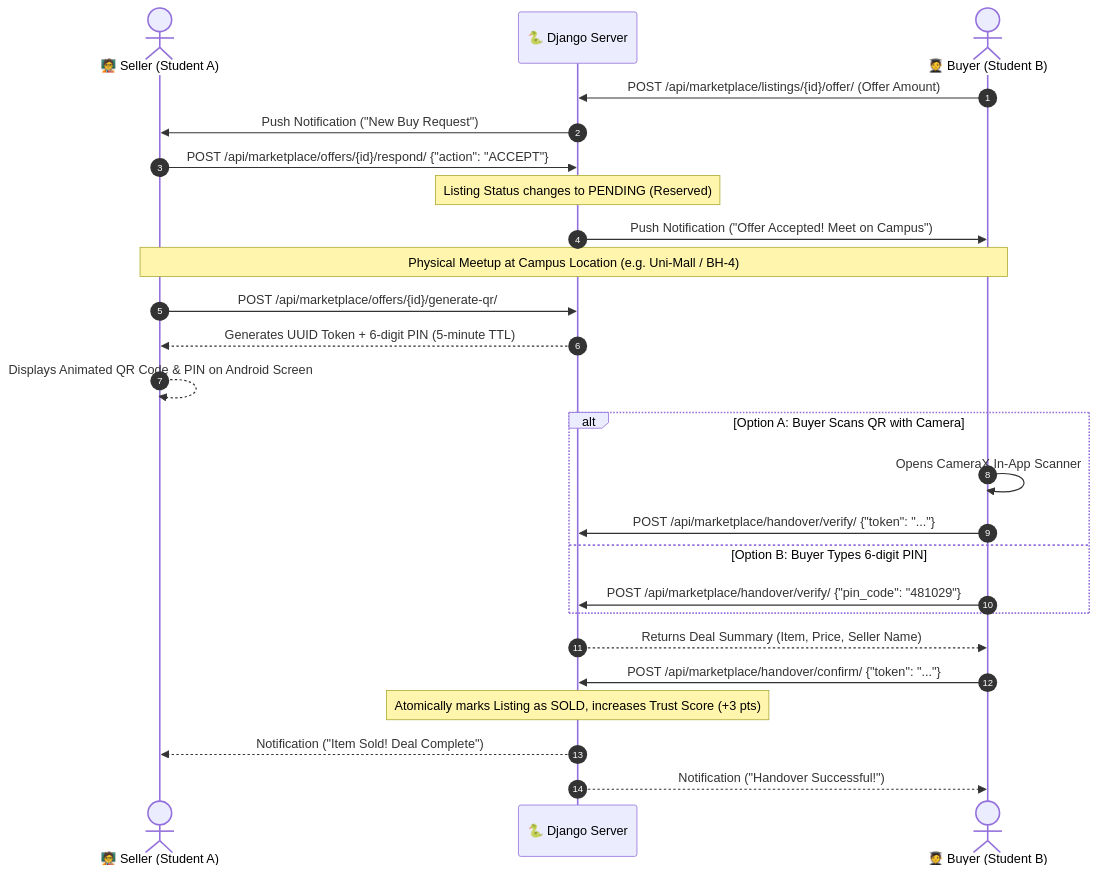
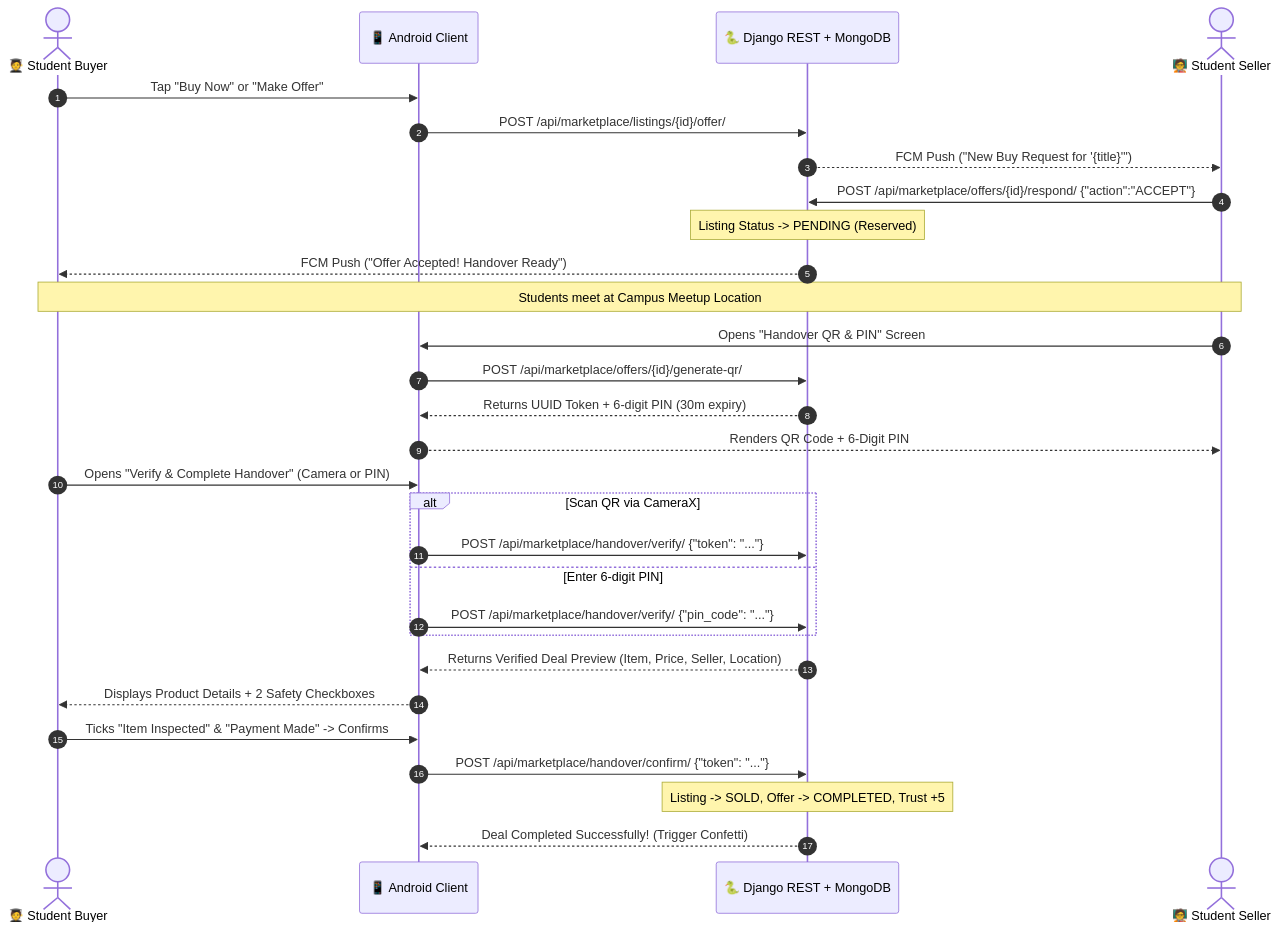
One commit to Aikansh-Official/django_marketplace changed the diagram in android/ANDROID_OFFERS_HANDOVER_SPECIFICATION.md. Above: the diagram before and after it, drawn with Mermaid. The commit also changed other lines of this file and 1 other file, not shown here.

Commit message:
docs: complete handover flow and purchases tracking specification aligned with website

````diff
--- a/android/ANDROID_OFFERS_HANDOVER_SPECIFICATION.md
+++ b/android/ANDROID_OFFERS_HANDOVER_SPECIFICATION.md
@@ -34,31 +49,37 @@
 ```mermaid
 sequenceDiagram
     autonumber
-    actor Seller as 🧑‍🏫 Seller (Student A)
-    participant Server as 🐍 Django Server
-    actor Buyer as 🧑‍🎓 Buyer (Student B)
+    actor Buyer as 🧑‍🎓 Student Buyer
+    participant App as 📱 Android Client
+    participant Server as 🐍 Django REST + MongoDB
+    actor Seller as 🧑‍🏫 Student Seller
 
-    Buyer->>Server: POST /api/marketplace/listings/{id}/offer/ (Offer Amount)
-    Server->>Seller: Push Notification ("New Buy Request")
-    Seller->>Server: POST /api/marketplace/offers/{id}/respond/ {"action": "ACCEPT"}
-    Note over Server: Listing Status changes to PENDING (Reserved)
-    Server->>Buyer: Push Notification ("Offer Accepted! Meet on Campus")
+    Buyer->>App: Tap "Buy Now" or "Make Offer"
+    App->>Server: POST /api/marketplace/listings/{id}/offer/
+    Server-->>Seller: FCM Push ("New Buy Request for '{title}'")
+    
+    Seller->>Server: POST /api/marketplace/offers/{id}/respond/ {"action":"ACCEPT"}
+    Note over Server: Listing Status -> PENDING (Reserved)
+    Server-->>Buyer: FCM Push ("Offer Accepted! Handover Ready")
 
-    Note over Seller,Buyer: Physical Meetup at Campus Location (e.g. Uni-Mall / BH-4)
-    Seller->>Server: POST /api/marketplace/offers/{id}/generate-qr/
-    Server-->>Seller: Generates UUID Token + 6-digit PIN (5-minute TTL)
-    Seller-->>Seller: Displays Animated QR Code & PIN on Android Screen
+    Note over Buyer,Seller: Students meet at Campus Meetup Location
     
-    alt Option A: Buyer Scans QR with Camera
-        Buyer->>Buyer: Opens CameraX In-App Scanner
-        Buyer->>Server: POST /api/marketplace/handover/verify/ {"token": "..."}
-    else Option B: Buyer Types 6-digit PIN
-        Buyer->>Server: POST /api/marketplace/handover/verify/ {"pin_code": "481029"}
+    Seller->>App: Opens "Handover QR & PIN" Screen
+    App->>Server: POST /api/marketplace/offers/{id}/generate-qr/
+    Server-->>App: Returns UUID Token + 6-digit PIN (30m expiry)
+    App-->>Seller: Renders QR Code + 6-Digit PIN
+
+    Buyer->>App: Opens "Verify & Complete Handover" (Camera or PIN)
+    alt Scan QR via CameraX
+        App->>Server: POST /api/marketplace/handover/verify/ {"token": "..."}
+    else Enter 6-digit PIN
+        App->>Server: POST /api/marketplace/handover/verify/ {"pin_code": "..."}
     end
 
-    Server-->>Buyer: Returns Deal Summary (Item, Price, Seller Name)
-    Buyer->>Server: POST /api/marketplace/handover/confirm/ {"token": "..."}
-    Note over Server: Atomically marks Listing as SOLD, increases Trust Score (+3 pts)
-    Server-->>Seller: Notification ("Item Sold! Deal Complete")
-    Server-->>Buyer: Notification ("Handover Successful!")
+    Server-->>App: Returns Verified Deal Preview (Item, Price, Seller, Location)
+    App-->>Buyer: Displays Product Details + 2 Safety Checkboxes
+    Buyer->>App: Ticks "Item Inspected" & "Payment Made" -> Confirms
+    App->>Server: POST /api/marketplace/handover/confirm/ {"token": "..."}
+    Note over Server: Listing -> SOLD, Offer -> COMPLETED, Trust +5
+    Server-->>App: Deal Completed Successfully! (Trigger Confetti)
 ```
````
